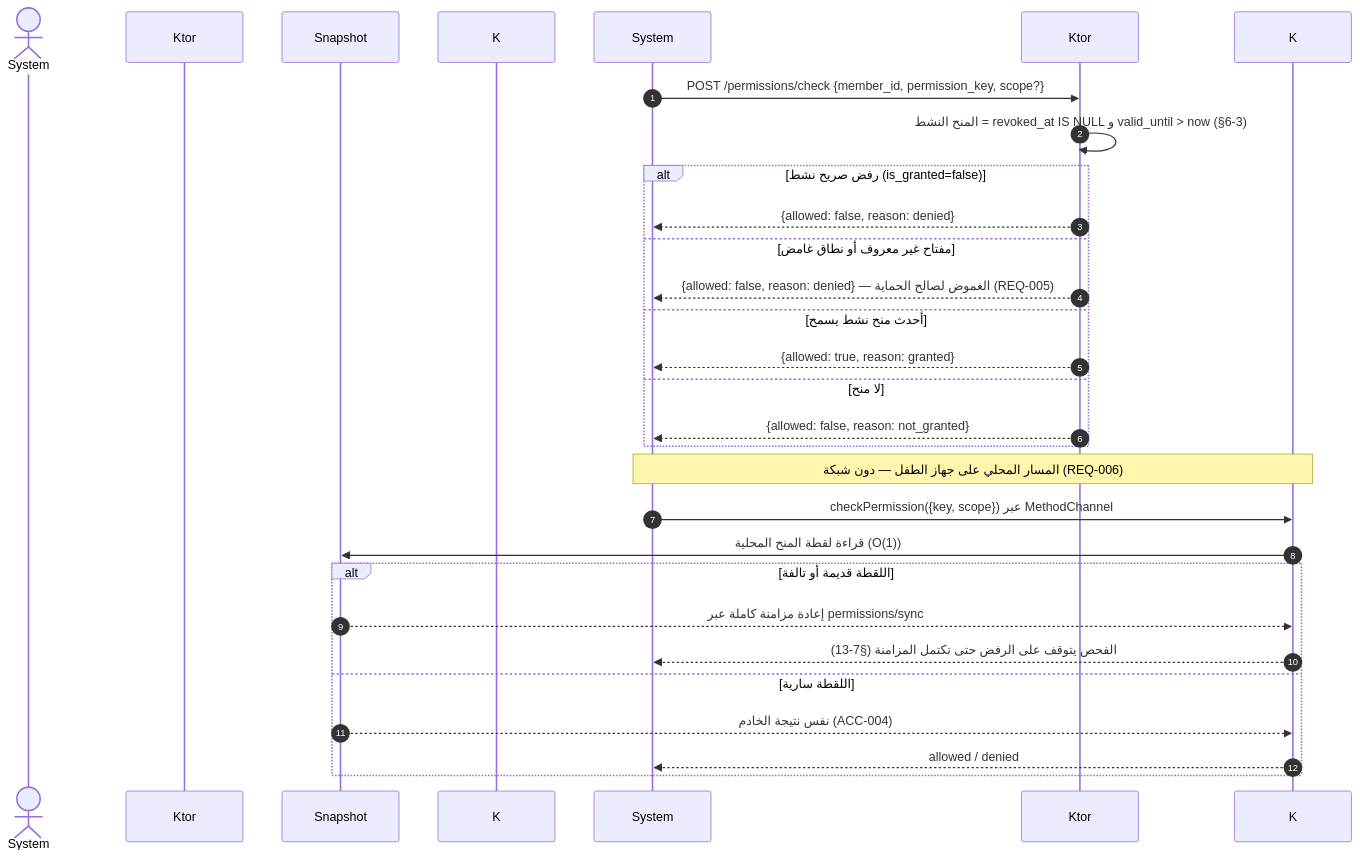
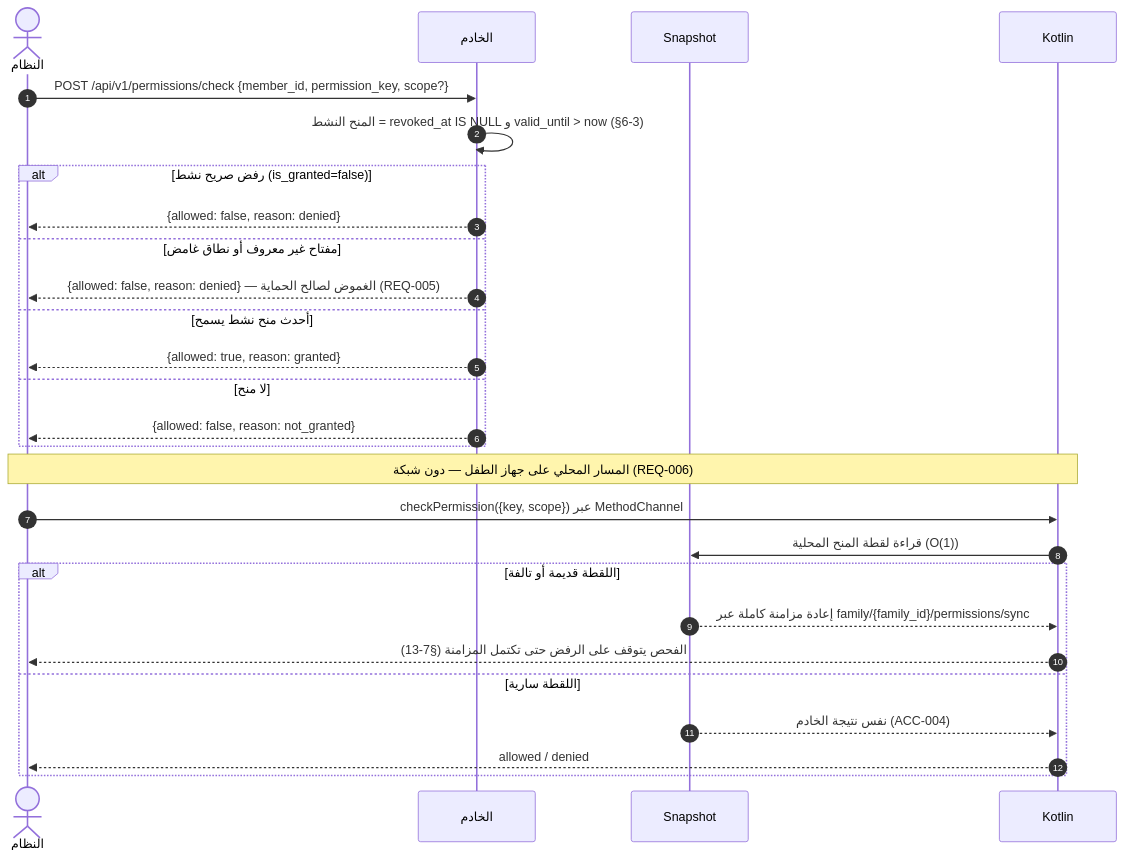
One commit to Bassam-mohammed-alqaeadi/family-os-v2 changed the fifth of 13 diagrams in docs/family-os/governance/phases/phase-1/S1-03-family-roles-and-permissions/DIAGRAMS.md. Above: the diagram before and after it, drawn with Mermaid. The commit also changed other lines of this file and 10 other files, not shown here.

Commit message:
إغلاق المراجعة الشاملة R1–R5 (Q-196…Q-231) — المخططات DIAGRAMS + خريطة السياق (2/4)

````diff
--- a/docs/family-os/governance/phases/phase-1/S1-03-family-roles-and-permissions/DIAGRAMS.md
+++ b/docs/family-os/governance/phases/phase-1/S1-03-family-roles-and-permissions/DIAGRAMS.md
@@ -238,29 +241,29 @@
 ```mermaid
 sequenceDiagram
     autonumber
-    actor النظام as System
-    participant الخادم as Ktor
+    actor System as النظام
+    participant Ktor as الخادم
     participant اللقطة as Snapshot
-    participant Kotlin as K
-    System->>Ktor: POST /permissions/check {member_id, permission_key, scope?}
+    participant K as Kotlin
+    System->>Ktor: POST /api/v1/permissions/check {member_id, permission_key, scope?}
     Ktor->>Ktor: المنح النشط = revoked_at IS NULL و valid_until > now (§6-3)
     alt رفض صريح نشط (is_granted=false)
         Ktor-->>System: {allowed: false, reason: denied}
     else مفتاح غير معروف أو نطاق غامض
         Ktor-->>System: {allowed: false, reason: denied} — الغموض لصالح الحماية (REQ-005)
     else أحدث منح نشط يسمح
         Ktor-->>System: {allowed: true, reason: granted}
     else لا منح
         Ktor-->>System: {allowed: false, reason: not_granted}
     end
     Note over System,K: المسار المحلي على جهاز الطفل — دون شبكة (REQ-006)
     System->>K: checkPermission({key, scope}) عبر MethodChannel
     K->>اللقطة: قراءة لقطة المنح المحلية (O(1))
     alt اللقطة قديمة أو تالفة
-        اللقطة-->>K: إعادة مزامنة كاملة عبر permissions/sync
+        اللقطة-->>K: إعادة مزامنة كاملة عبر family/{family_id}/permissions/sync
         K-->>System: الفحص يتوقف على الرفض حتى تكتمل المزامنة (§7-13)
     else اللقطة سارية
         اللقطة-->>K: نفس نتيجة الخادم (ACC-004)
         K-->>System: allowed / denied
     end
 ```
````
